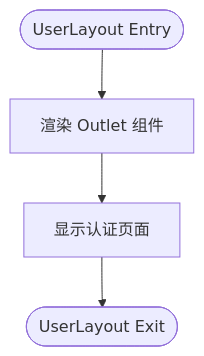
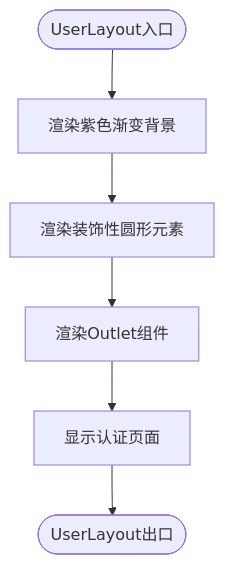
One commit to fengerzh/react-vscode-template changed the fourth of 6 diagrams in .qoder/repowiki/zh/content/组件架构/布局组件.md. Above: the diagram before and after it, drawn with Mermaid. The commit also changed other lines of this file and 15 other files, not shown here.

````diff
--- a/.qoder/repowiki/zh/content/组件架构/布局组件.md
+++ b/.qoder/repowiki/zh/content/组件架构/布局组件.md
@@ -148,6 +156,8 @@
 ```mermaid
 flowchart TD
-Start([UserLayout Entry]) --> RenderOutlet["渲染 Outlet 组件"]
+Start([UserLayout入口]) --> RenderBackground["渲染紫色渐变背景"]
+RenderBackground --> RenderDecorations["渲染装饰性圆形元素"]
+RenderDecorations --> RenderOutlet["渲染Outlet组件"]
 RenderOutlet --> DisplayPage["显示认证页面"]
-DisplayPage --> End([UserLayout Exit])
+DisplayPage --> End([UserLayout出口])
 ```
````
